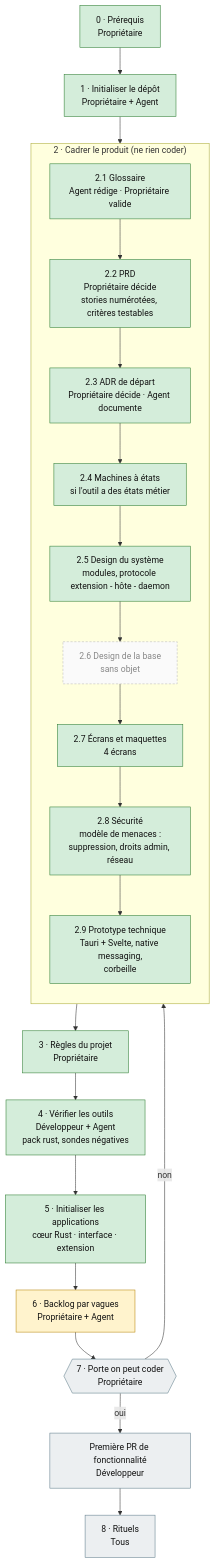
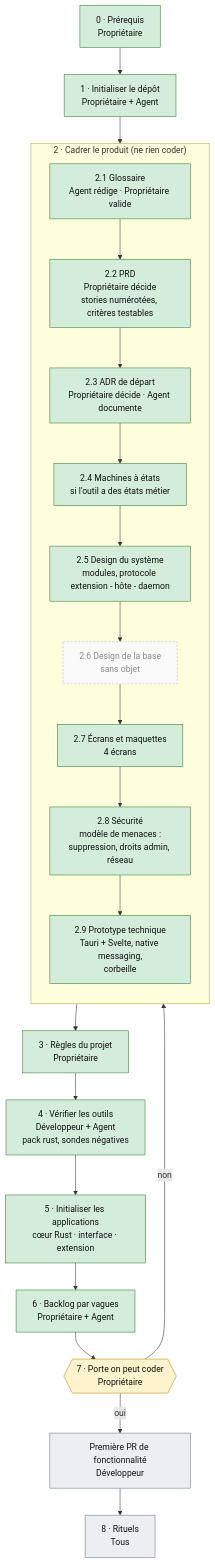
Before and after one commit to AresGn/Breathly: the diagram in docs/parcours.md, drawn with Mermaid. The commit also changed other lines of this file and 1 other file, not shown here.

Commit message:
docs(backlog): vue globale des 112 tickets de la V0.1, étape 6 terminée (#136)
Généré par make backlog après la publication du lot (#24 à #135). L'étape 6 passe à fait, la porte 7 est en cours.

````diff
--- a/docs/parcours.md
+++ b/docs/parcours.md
@@ -21,35 +21,36 @@
 ```mermaid
 flowchart TD
     A0["0 · Prérequis<br/>Propriétaire"] --> A1["1 · Initialiser le dépôt<br/>Propriétaire + Agent"]
     A1 --> B
 
     subgraph B["2 · Cadrer le produit (ne rien coder)"]
         direction TB
         B1["2.1 Glossaire<br/>Agent rédige · Propriétaire valide"] --> B2["2.2 PRD<br/>Propriétaire décide<br/>stories numérotées, critères testables"]
         B2 --> B3["2.3 ADR de départ<br/>Propriétaire décide · Agent documente"]
         B3 --> B4["2.4 Machines à états<br/>si l'outil a des états métier"]
         B4 --> B5["2.5 Design du système<br/>modules, protocole extension - hôte - daemon"]
         B5 --> B6["2.6 Design de la base<br/>sans objet"]
         B6 --> B7["2.7 Écrans et maquettes<br/>4 écrans"]
         B7 --> B8["2.8 Sécurité<br/>modèle de menaces :<br/>suppression, droits admin, réseau"]
         B8 --> B9["2.9 Prototype technique<br/>Tauri + Svelte, native messaging,<br/>corbeille"]
     end
 
     B --> C["3 · Règles du projet<br/>Propriétaire"]
     C --> D["4 · Vérifier les outils<br/>Développeur + Agent<br/>pack rust, sondes négatives"]
     D --> E["5 · Initialiser les applications<br/>cœur Rust · interface · extension"]
     E --> F["6 · Backlog par vagues<br/>Propriétaire + Agent"]
     F --> G{{"7 · Porte on peut coder<br/>Propriétaire"}}
     G -- non --> B
     G -- oui --> H["Première PR de fonctionnalité<br/>Développeur"]
     H --> I["8 · Rituels<br/>Tous"]
 
     classDef done fill:#d4edda,stroke:#2e7d32,color:#111
     classDef progress fill:#fff3cd,stroke:#b8860b,color:#111
     classDef todo fill:#eceff1,stroke:#607d8b,color:#111
     classDef na fill:#fafafa,stroke:#bbb,stroke-dasharray: 4 3,color:#888
     class A0,A1,B1,B2,B3,B4,B5,B7,B8,B9,C,D,E done
-    class F progress
-    class G,H,I todo
+    class F done
+    class G progress
+    class H,I todo
     class B6 na
 ```
````
